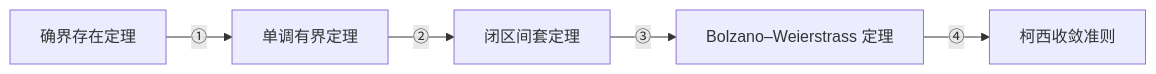
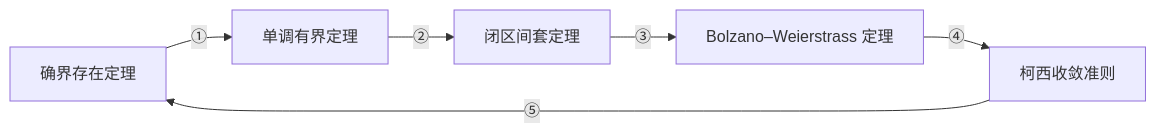
One commit to AngryInvolutionKing/obsidian-university changed the first of 2 diagrams in 10-课程笔记/数学分析（新工科）I/07-数列的收敛准则与无理数e.md. Above: the diagram before and after it, drawn with Mermaid. The commit also changed other lines of this file and 19 other files, not shown here.

````diff
--- a/10-课程笔记/数学分析（新工科）I/07-数列的收敛准则与无理数e.md
+++ b/10-课程笔记/数学分析（新工科）I/07-数列的收敛准则与无理数e.md
@@ -43,7 +44,8 @@
 ```mermaid
 graph LR
     A["确界存在定理"] -->|①| B["单调有界定理"]
     B -->|②| C["闭区间套定理"]
     C -->|③| D["Bolzano–Weierstrass 定理"]
     D -->|④| E["柯西收敛准则"]
+    E -->|⑤| A
 ```
````
